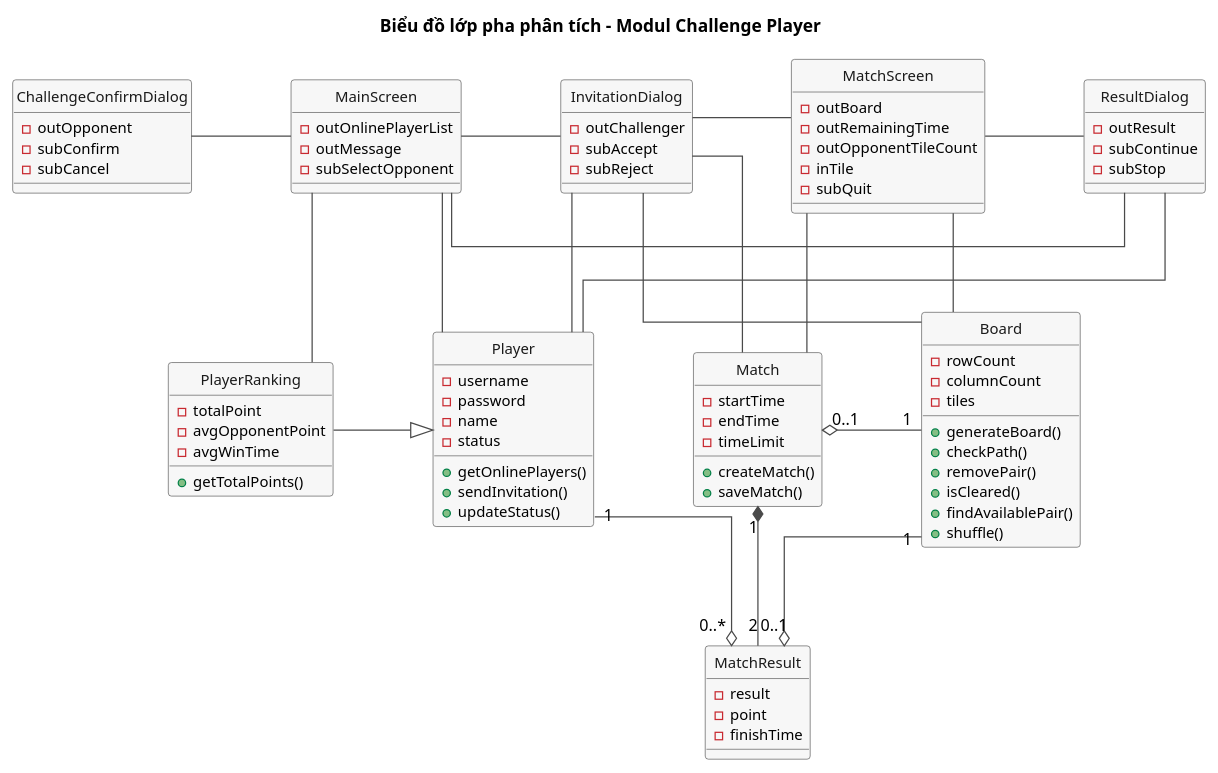
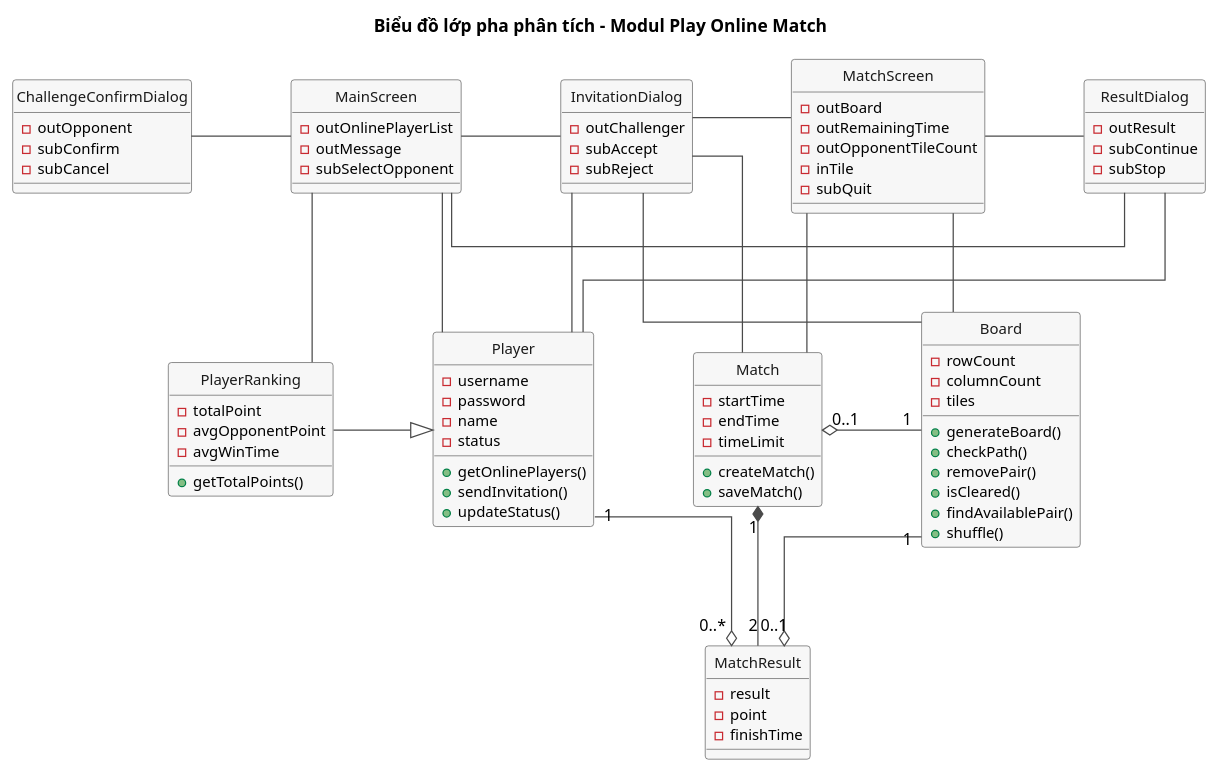
Before and after one commit to VattenL/mobile-pikachu: the diagram in docs/uml/pha2/class-analysis-m3.puml, drawn with PlantUML. The commit also changed 46 other files, not shown here.

```diff
--- a/docs/uml/pha2/class-analysis-m3.puml
+++ b/docs/uml/pha2/class-analysis-m3.puml
@@ -1,115 +1,115 @@
 @startuml class-analysis-m3
-title Biểu đồ lớp pha phân tích - Modul Challenge Player
+title Biểu đồ lớp pha phân tích - Modul Play Online Match
 
 hide circle
 skinparam shadowing false
 skinparam linetype ortho
 skinparam nodesep 80
 skinparam ranksep 80
 skinparam classFontSize 14
 skinparam classAttributeFontSize 12
 skinparam class {
   BackgroundColor #F7F7F7
   BorderColor #4A4A4A
   ArrowColor #4A4A4A
   FontColor #1A1A1A
 }
 
 ' ===== Tang 1: lop bien =====
 class MainScreen {
   - outOnlinePlayerList
   - outMessage
   - subSelectOpponent
 }
 
 class ChallengeConfirmDialog {
   - outOpponent
   - subConfirm
   - subCancel
 }
 
 class InvitationDialog {
   - outChallenger
   - subAccept
   - subReject
 }
 
 class MatchScreen {
   - outBoard
   - outRemainingTime
   - outOpponentTileCount
   - inTile
   - subQuit
 }
 
 class ResultDialog {
   - outResult
   - subContinue
   - subStop
 }
 
 ' ===== Tang 2: lop thuc the =====
 class Player {
   - username
   - password
   - name
   - status
   + getOnlinePlayers()
   + sendInvitation()
   + updateStatus()
 }
 
 class PlayerRanking {
   - totalPoint
   - avgOpponentPoint
   - avgWinTime
   + getTotalPoints()
 }
 
 class Board {
   - rowCount
   - columnCount
   - tiles
   + generateBoard()
   + checkPath()
   + removePair()
   + isCleared()
   + findAvailablePair()
   + shuffle()
 }
 
 class Match {
   - startTime
   - endTime
   - timeLimit
   + createMatch()
   + saveMatch()
 }
 
 class MatchResult {
   - result
   - point
   - finishTime
 }
 
 MainScreen -left- ChallengeConfirmDialog
 MainScreen -right- InvitationDialog
 InvitationDialog -right- MatchScreen
 MatchScreen -right- ResultDialog
 ResultDialog -[norank]- MainScreen
 
 MainScreen -down- Player
 MainScreen -down- PlayerRanking
 InvitationDialog -down- Board
 InvitationDialog -down- Match
 InvitationDialog -down- Player
 MatchScreen -down- Board
 MatchScreen -down- Match
 ResultDialog -down- Player
 
 Player "1" -[norank]-o "0..*" MatchResult
 Match "1" *-down- "2" MatchResult
 Match "0..1" o-right- "1" Board
 MatchResult "0..1" o-[norank]- "1" Board
 PlayerRanking -[norank]-|> Player
 @enduml
```
